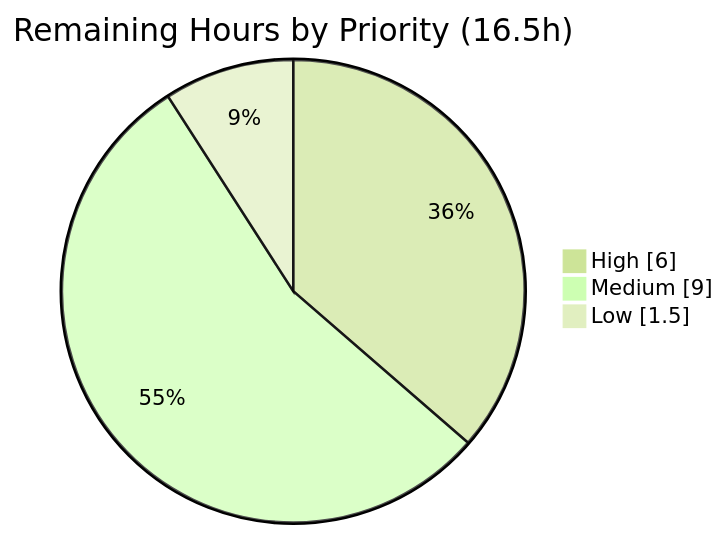
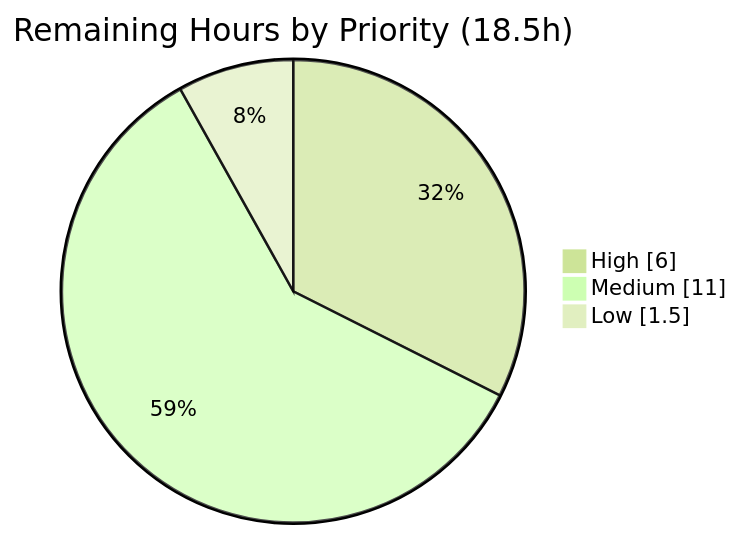
The third of 4 diagrams in blitzy/documentation/Project Guide.md (rjhonsi/BlitzyRepo1), drawn with Mermaid (forest theme) before and after one commit. The commit also changed other lines of this file, not shown here.

Commit message:
Adding Blitzy Project Guide: Project Status and Human Tasks Remaining

````diff
--- a/blitzy/documentation/Project Guide.md
+++ b/blitzy/documentation/Project Guide.md
@@ -241,6 +247,6 @@
 ```mermaid
-pie showData title Remaining Hours by Priority (16.5h)
+pie showData title Remaining Hours by Priority (18.5h)
     "High" : 6
-    "Medium" : 9
+    "Medium" : 11
     "Low" : 1.5
 ```
````
